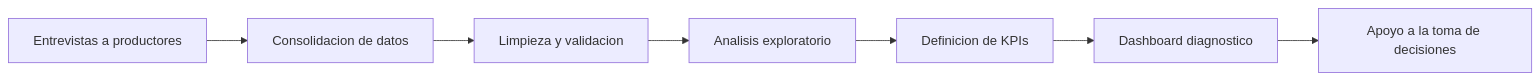
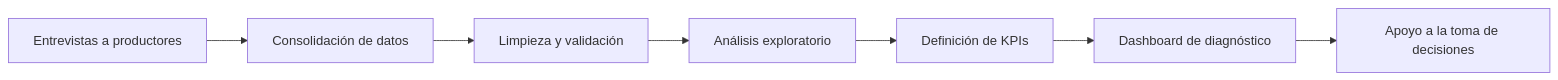
One commit to claudux/sat-apicola-data-dashboard changed the diagram in README.md. Above: the diagram before and after it, drawn with Mermaid. The commit also changed other lines of this file, not shown here.

````diff
--- a/README.md
+++ b/README.md
@@ -58,9 +56,9 @@
 ```mermaid
 flowchart LR
-    A[Entrevistas a productores] --> B[Consolidacion de datos]
-    B --> C[Limpieza y validacion]
-    C --> D[Analisis exploratorio]
-    D --> E[Definicion de KPIs]
-    E --> F[Dashboard diagnostico]
+    A[Entrevistas a productores] --> B[Consolidación de datos]
+    B --> C[Limpieza y validación]
+    C --> D[Análisis exploratorio]
+    D --> E[Definición de KPIs]
+    E --> F[Dashboard de diagnóstico]
     F --> G[Apoyo a la toma de decisiones]
 ```
````
